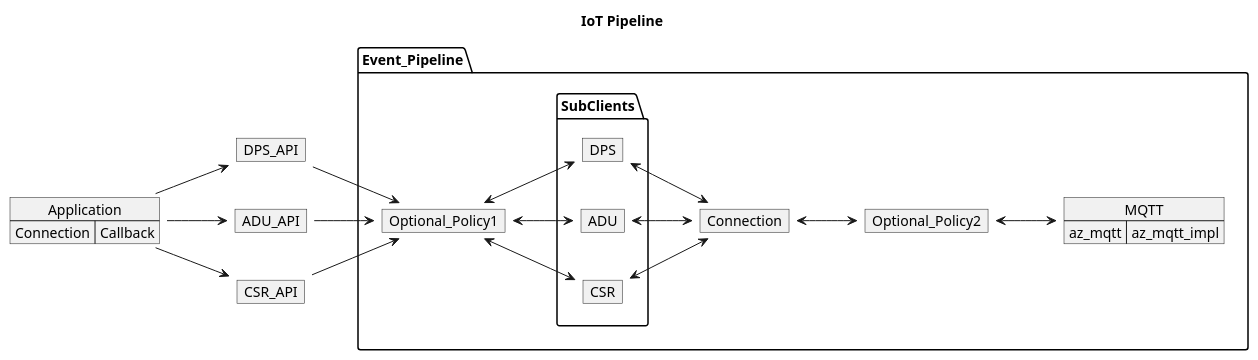
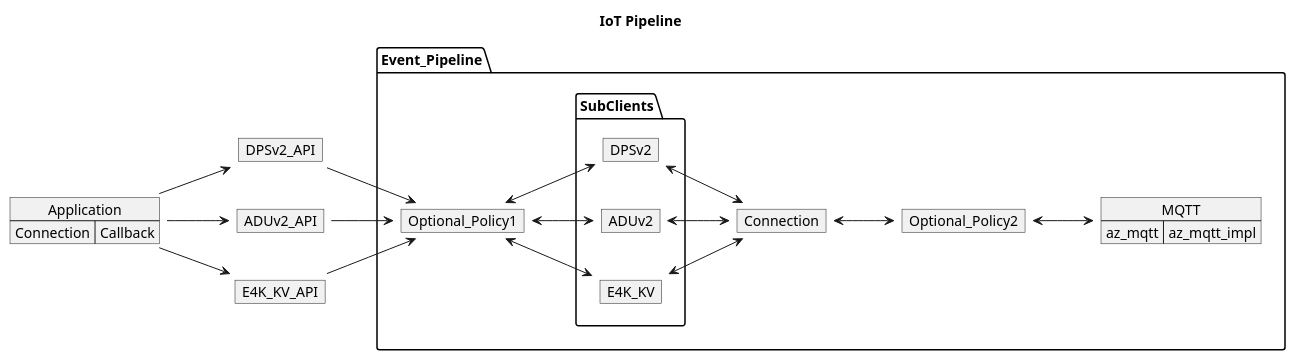
The diagram in sdk/docs/core/resources/core_event_pipeline.puml (vaavva/azure-sdk-for-c-hfsm), drawn with PlantUML before and after one commit. The commit also changed 2 other files, not shown here.

```diff
--- a/sdk/docs/core/resources/core_event_pipeline.puml
+++ b/sdk/docs/core/resources/core_event_pipeline.puml
@@ -1,62 +1,62 @@
 @startuml IoTPipeline
 left to right direction
 ' Horizontal lines: -->, <--, <-->
 ' Vertical lines: ->, <-, <->
 title IoT Pipeline
 
 map Application {
     Connection => Callback
 }
 
-map DPS_API {
+map DPSv2_API {
 }
 
-map ADU_API {
+map ADUv2_API {
 }
 
-map CSR_API {
+map E4K_KV_API {
 }
 
 package Event_Pipeline
 {
     map Optional_Policy1 {
     }
 
     package SubClients {
-        map DPS {
+        map DPSv2 {
         }
-        map ADU {
+        map ADUv2 {
         }
-        map CSR {
+        map E4K_KV {
         }
     }
 
     map Connection {
     }
 
     map Optional_Policy2 {
     }
 
     map MQTT {
         az_mqtt => az_mqtt_impl
     }
 }
 
-Application --> DPS_API
-Application --> ADU_API
-Application --> CSR_API
+Application --> DPSv2_API
+Application --> ADUv2_API
+Application --> E4K_KV_API
 
-DPS_API --> Optional_Policy1
-ADU_API --> Optional_Policy1
-CSR_API --> Optional_Policy1
+DPSv2_API --> Optional_Policy1
+ADUv2_API --> Optional_Policy1
+E4K_KV_API --> Optional_Policy1
 
-Optional_Policy1 <--> DPS
-Optional_Policy1 <--> ADU 
-Optional_Policy1 <--> CSR 
+Optional_Policy1 <--> DPSv2
+Optional_Policy1 <--> ADUv2 
+Optional_Policy1 <--> E4K_KV 
 
-DPS <--> Connection
-ADU <--> Connection
-CSR <--> Connection
+DPSv2 <--> Connection
+ADUv2 <--> Connection
+E4K_KV <--> Connection
 Connection <--> Optional_Policy2 
 Optional_Policy2 <--> MQTT
 @enduml
```
